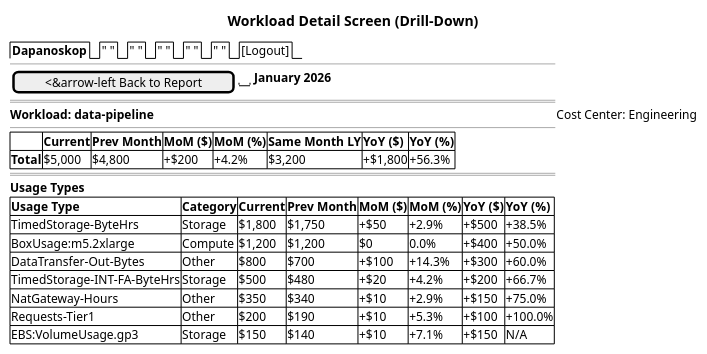
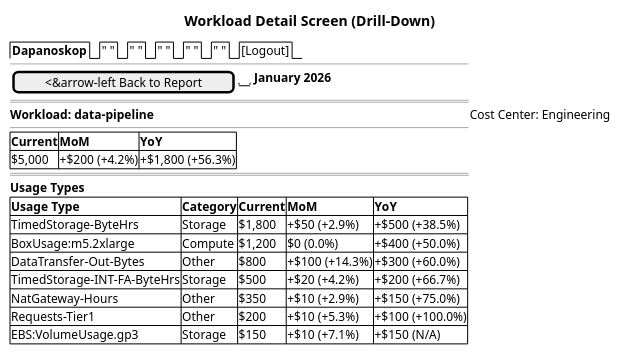
One commit to cytario/dapanoskop changed the diagram in docs/wireframes/workload-detail.puml. Above: the diagram before and after it, drawn with PlantUML. The commit also changed 4 other files, not shown here.

```diff
--- a/docs/wireframes/workload-detail.puml
+++ b/docs/wireframes/workload-detail.puml
@@ -1,33 +1,33 @@
 @startsalt
 title Workload Detail Screen (Drill-Down)
 
 {
   {/ <b>Dapanoskop</b> | " " | " " | " " | " " | " " | [Logout] }
   ---
   {
     [<&arrow-left Back to Report] | " " | <b>January 2026</b>
   }
   ==
 
   <b>Workload: data-pipeline</b> | Cost Center: Engineering
   ---
   {#
-    .                    | <b>Current</b> | <b>Prev Month</b> | <b>MoM ($)</b> | <b>MoM (%)</b> | <b>Same Month LY</b> | <b>YoY ($)</b> | <b>YoY (%)</b>
-    <b>Total</b>         | $5,000      | $4,800           | +$200        | +4.2%        | $3,200               | +$1,800      | +56.3%
+    <b>Current</b> | <b>MoM</b>           | <b>YoY</b>
+    $5,000      | +$200 (+4.2%)      | +$1,800 (+56.3%)
   }
   ==
 
   <b>Usage Types</b>
   {#
-    <b>Usage Type</b>                  | <b>Category</b> | <b>Current</b> | <b>Prev Month</b> | <b>MoM ($)</b> | <b>MoM (%)</b> | <b>YoY ($)</b> | <b>YoY (%)</b>
-    TimedStorage-ByteHrs              | Storage         | $1,800      | $1,750           | +$50         | +2.9%        | +$500        | +38.5%
-    BoxUsage:m5.2xlarge               | Compute         | $1,200      | $1,200           | $0           | 0.0%         | +$400        | +50.0%
-    DataTransfer-Out-Bytes            | Other           | $800        | $700             | +$100        | +14.3%       | +$300        | +60.0%
-    TimedStorage-INT-FA-ByteHrs       | Storage         | $500        | $480             | +$20         | +4.2%        | +$200        | +66.7%
-    NatGateway-Hours                  | Other           | $350        | $340             | +$10         | +2.9%        | +$150        | +75.0%
-    Requests-Tier1                    | Other           | $200        | $190             | +$10         | +5.3%        | +$100        | +100.0%
-    EBS:VolumeUsage.gp3              | Storage         | $150        | $140             | +$10         | +7.1%        | +$150        | N/A
+    <b>Usage Type</b>                  | <b>Category</b> | <b>Current</b> | <b>MoM</b>           | <b>YoY</b>
+    TimedStorage-ByteHrs              | Storage         | $1,800      | +$50 (+2.9%)         | +$500 (+38.5%)
+    BoxUsage:m5.2xlarge               | Compute         | $1,200      | $0 (0.0%)            | +$400 (+50.0%)
+    DataTransfer-Out-Bytes            | Other           | $800        | +$100 (+14.3%)       | +$300 (+60.0%)
+    TimedStorage-INT-FA-ByteHrs       | Storage         | $500        | +$20 (+4.2%)         | +$200 (+66.7%)
+    NatGateway-Hours                  | Other           | $350        | +$10 (+2.9%)         | +$150 (+75.0%)
+    Requests-Tier1                    | Other           | $200        | +$10 (+5.3%)         | +$100 (+100.0%)
+    EBS:VolumeUsage.gp3              | Storage         | $150        | +$10 (+7.1%)         | +$150 (N/A)
   }
 }
 
 @endsalt
```
